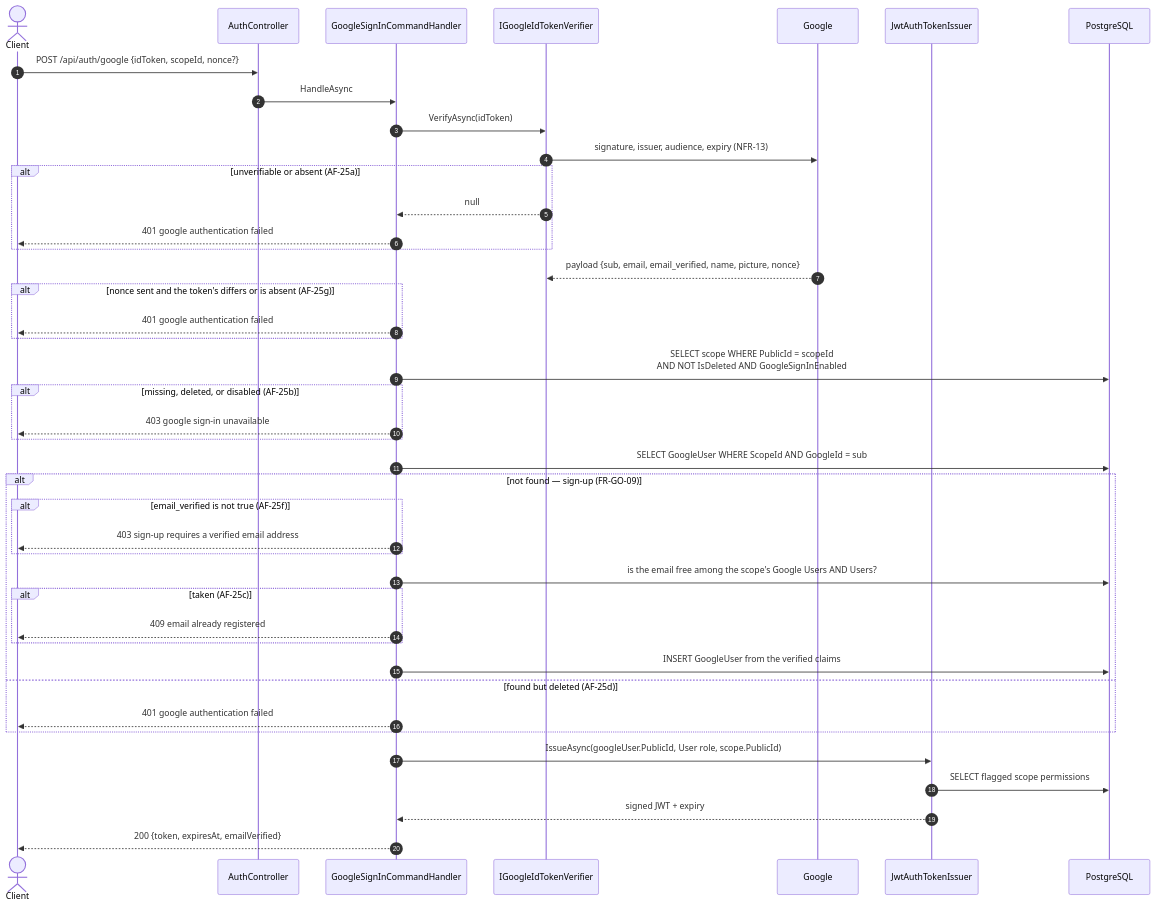
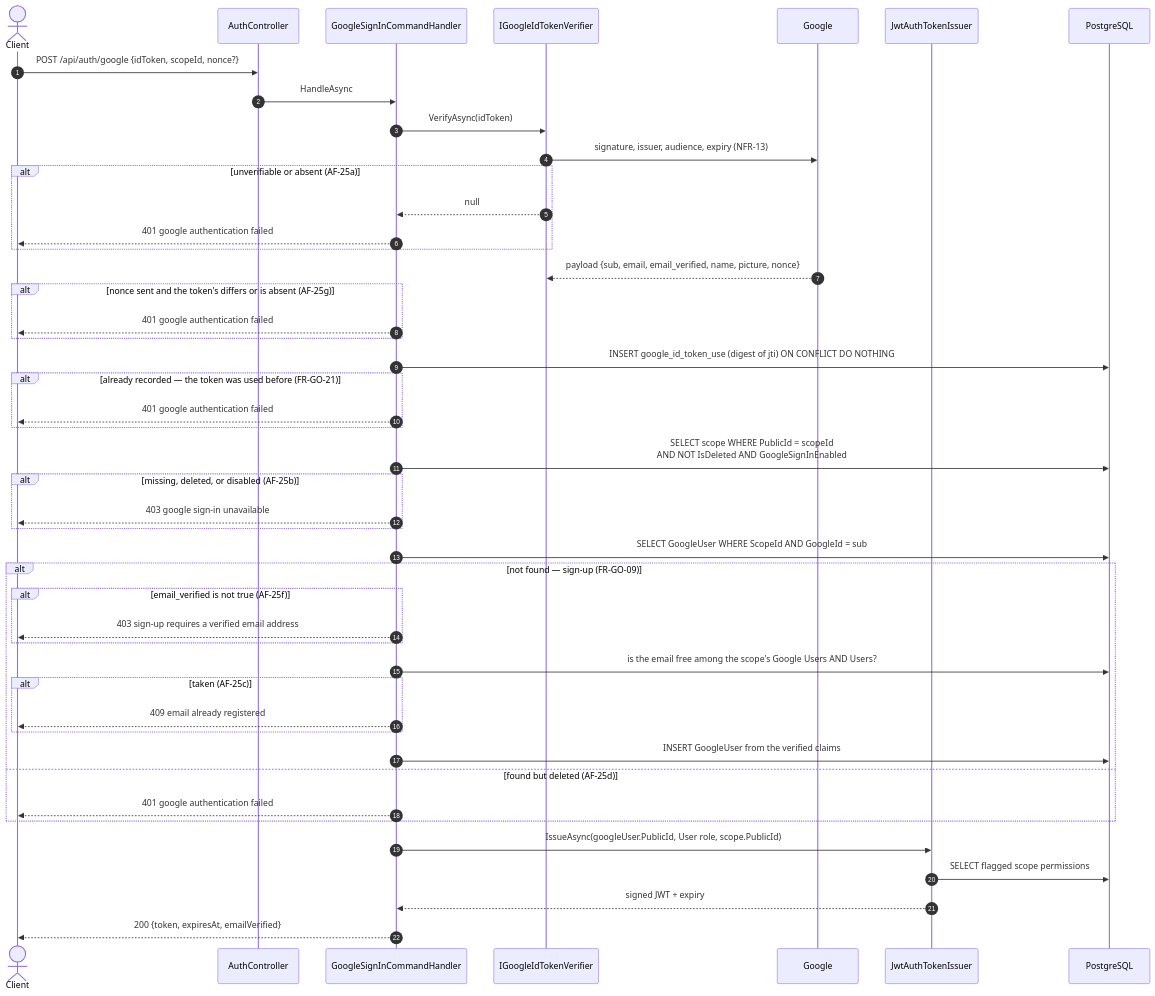
Before and after one commit to artur-rios/heimdall-api: the second of 2 diagrams in docs/content/en/docs/flows/google-sign-in.md, drawn with Mermaid. The commit also changed other lines of this file and 8 other files, not shown here.

````diff
--- a/docs/content/en/docs/flows/google-sign-in.md
+++ b/docs/content/en/docs/flows/google-sign-in.md
@@ -33,49 +33,54 @@
 ```mermaid
 sequenceDiagram
     autonumber
     actor C as Client
     participant AC as AuthController
     participant H as GoogleSignInCommandHandler
     participant GV as IGoogleIdTokenVerifier
     participant G as Google
     participant TI as JwtAuthTokenIssuer
     participant DB as PostgreSQL
 
     C->>AC: POST /api/auth/google {idToken, scopeId, nonce?}
     AC->>H: HandleAsync
 
     H->>GV: VerifyAsync(idToken)
     GV->>G: signature, issuer, audience, expiry (NFR-13)
     alt unverifiable or absent (AF-25a)
         GV-->>H: null
         H-->>C: 401 google authentication failed
     end
     G-->>GV: payload {sub, email, email_verified, name, picture, nonce}
     alt nonce sent and the token's differs or is absent (AF-25g)
+        H-->>C: 401 google authentication failed
+    end
+
+    H->>DB: INSERT google_id_token_use (digest of jti) ON CONFLICT DO NOTHING
+    alt already recorded — the token was used before (FR-GO-21)
         H-->>C: 401 google authentication failed
     end
 
     H->>DB: SELECT scope WHERE PublicId = scopeId<br/>AND NOT IsDeleted AND GoogleSignInEnabled
     alt missing, deleted, or disabled (AF-25b)
         H-->>C: 403 google sign-in unavailable
     end
 
     H->>DB: SELECT GoogleUser WHERE ScopeId AND GoogleId = sub
     alt not found — sign-up (FR-GO-09)
         alt email_verified is not true (AF-25f)
             H-->>C: 403 sign-up requires a verified email address
         end
         H->>DB: is the email free among the scope's Google Users AND Users?
         alt taken (AF-25c)
             H-->>C: 409 email already registered
         end
         H->>DB: INSERT GoogleUser from the verified claims
     else found but deleted (AF-25d)
         H-->>C: 401 google authentication failed
     end
 
     H->>TI: IssueAsync(googleUser.PublicId, User role, scope.PublicId)
     TI->>DB: SELECT flagged scope permissions
     TI-->>H: signed JWT + expiry
     H-->>C: 200 {token, expiresAt, emailVerified}
 ```
````
